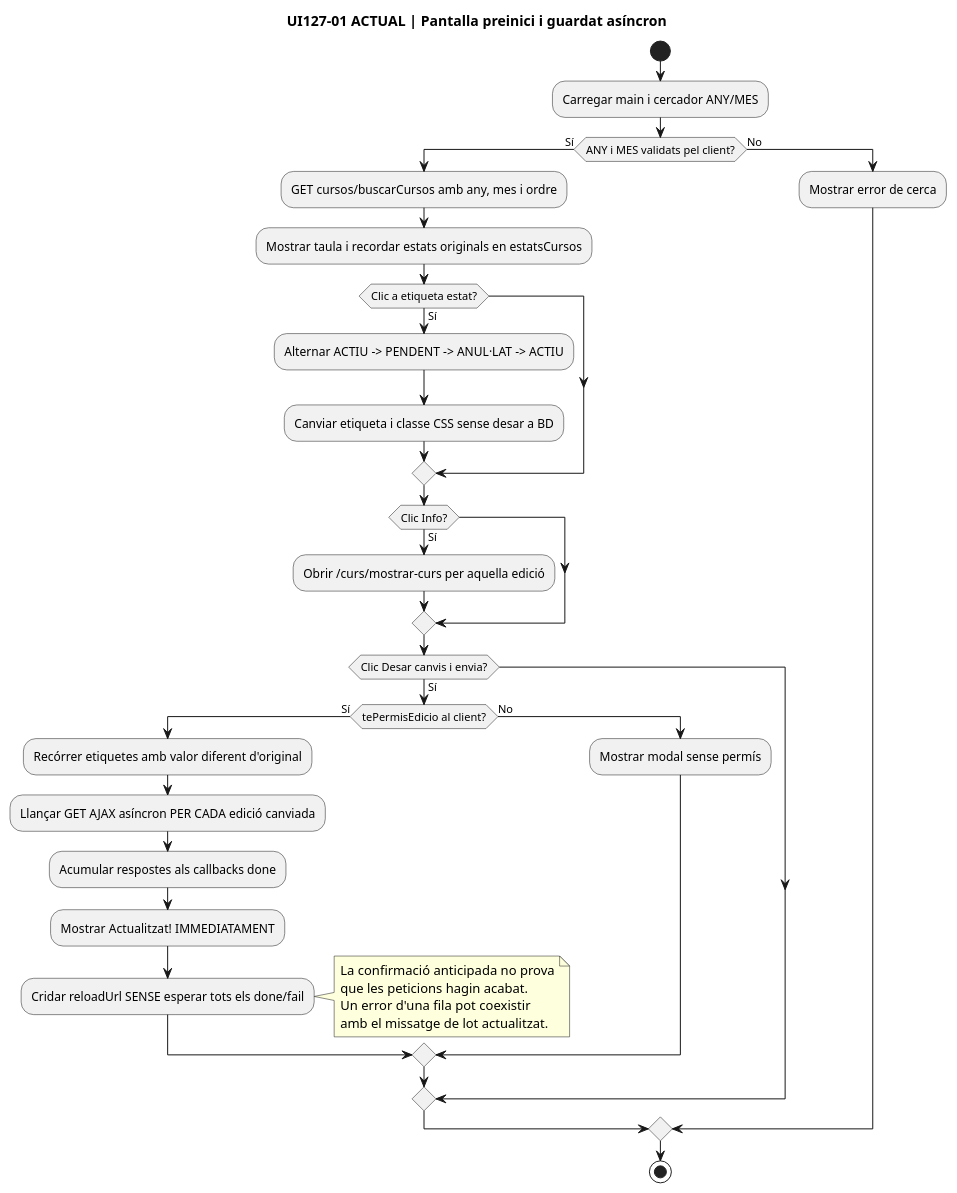
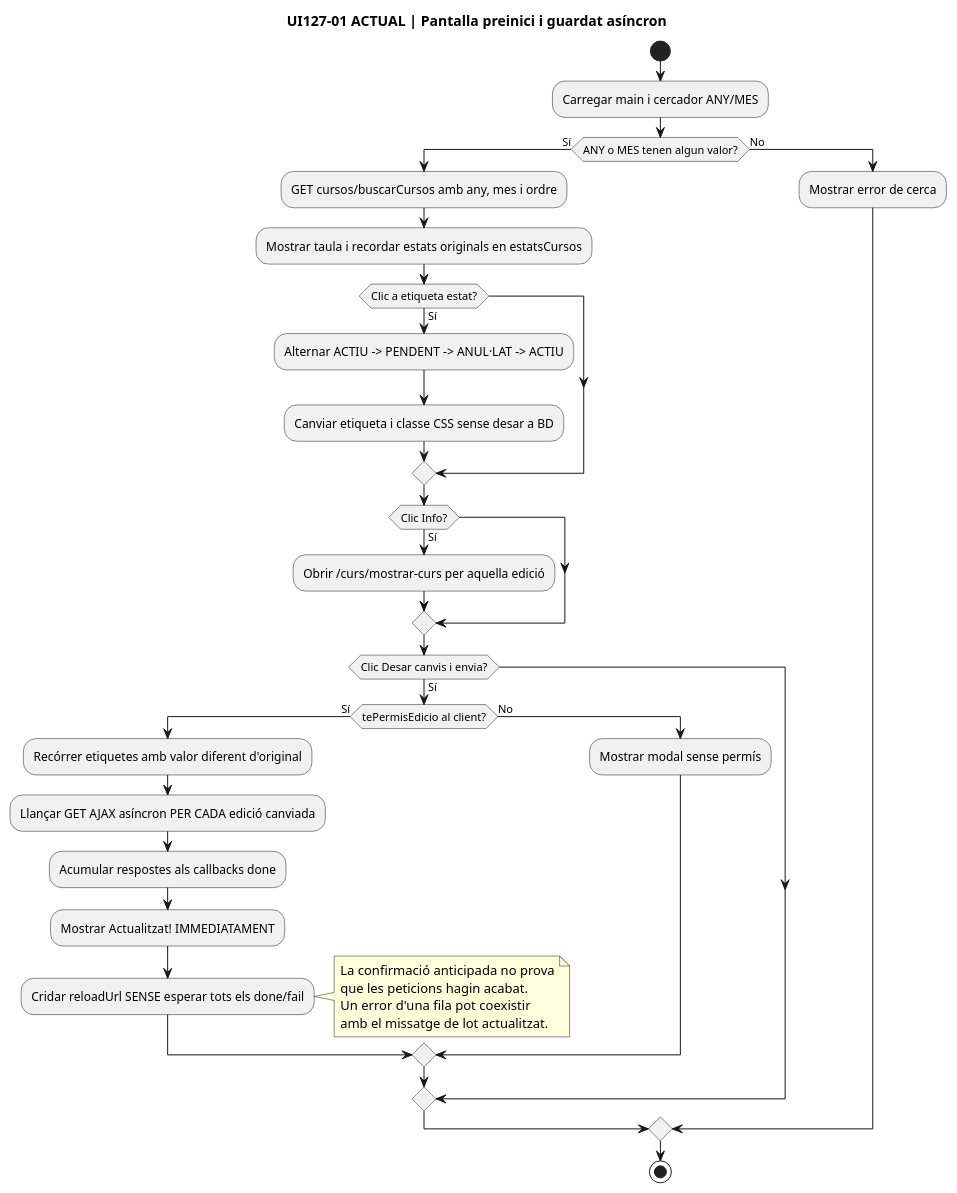
Diagram 17 of 18 in documentacio/07-uml-integrat/uc-127-canvi-estat-edicio-operacions-afectades.md (orgmeriemprismacat-del/verifactu), drawn with PlantUML before and after one commit. The commit also changed other lines of this file, not shown here.

Commit message:
docs: reflect actual partial year-month validation in state-screen activity

````diff
--- a/documentacio/07-uml-integrat/uc-127-canvi-estat-edicio-operacions-afectades.md
+++ b/documentacio/07-uml-integrat/uc-127-canvi-estat-edicio-operacions-afectades.md
@@ -573,38 +573,38 @@
 ```plantuml
 @startuml
 title UI127-01 ACTUAL | Pantalla preinici i guardat asíncron
 start
 :Carregar main i cercador ANY/MES;
-if (ANY i MES validats pel client?) then (Sí)
+if (ANY o MES tenen algun valor?) then (Sí)
   :GET cursos/buscarCursos amb any, mes i ordre;
   :Mostrar taula i recordar estats originals en estatsCursos;
   if (Clic a etiqueta estat?) then (Sí)
     :Alternar ACTIU -> PENDENT -> ANUL·LAT -> ACTIU;
     :Canviar etiqueta i classe CSS sense desar a BD;
   endif
   if (Clic Info?) then (Sí)
     :Obrir /curs/mostrar-curs per aquella edició;
   endif
   if (Clic Desar canvis i envia?) then (Sí)
     if (tePermisEdicio al client?) then (Sí)
       :Recórrer etiquetes amb valor diferent d'original;
       :Llançar GET AJAX asíncron PER CADA edició canviada;
       :Acumular respostes als callbacks done;
       :Mostrar Actualitzat! IMMEDIATAMENT;
       :Cridar reloadUrl SENSE esperar tots els done/fail;
       note right
         La confirmació anticipada no prova
         que les peticions hagin acabat.
         Un error d'una fila pot coexistir
         amb el missatge de lot actualitzat.
       end note
     else (No)
       :Mostrar modal sense permís;
     endif
   endif
 else (No)
   :Mostrar error de cerca;
 endif
 stop
 @enduml
 ```
````
